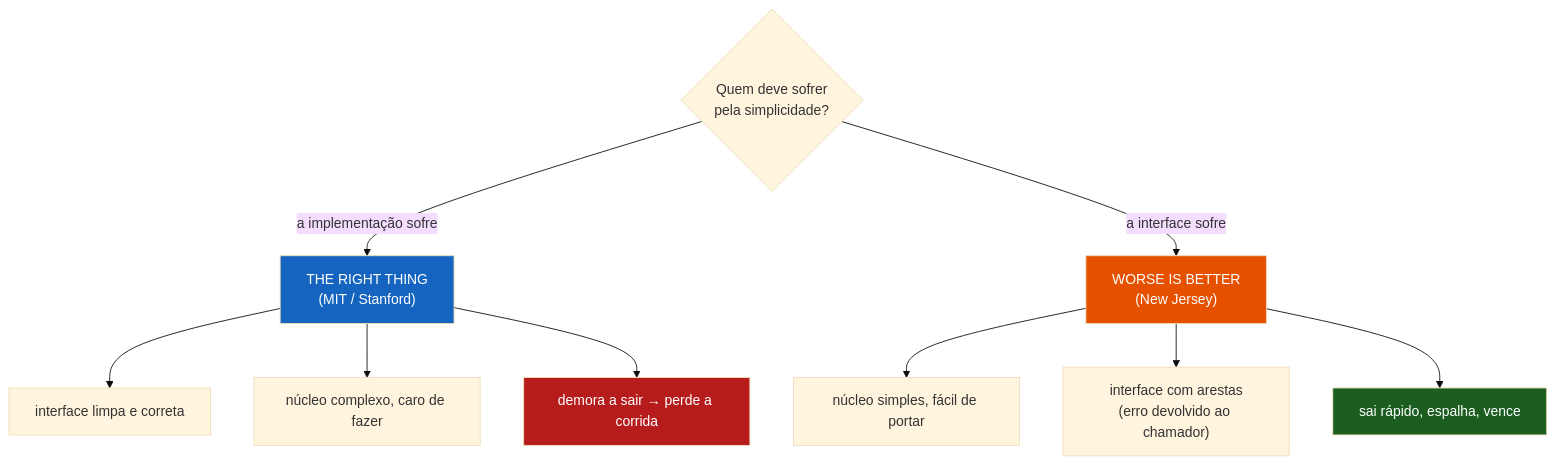
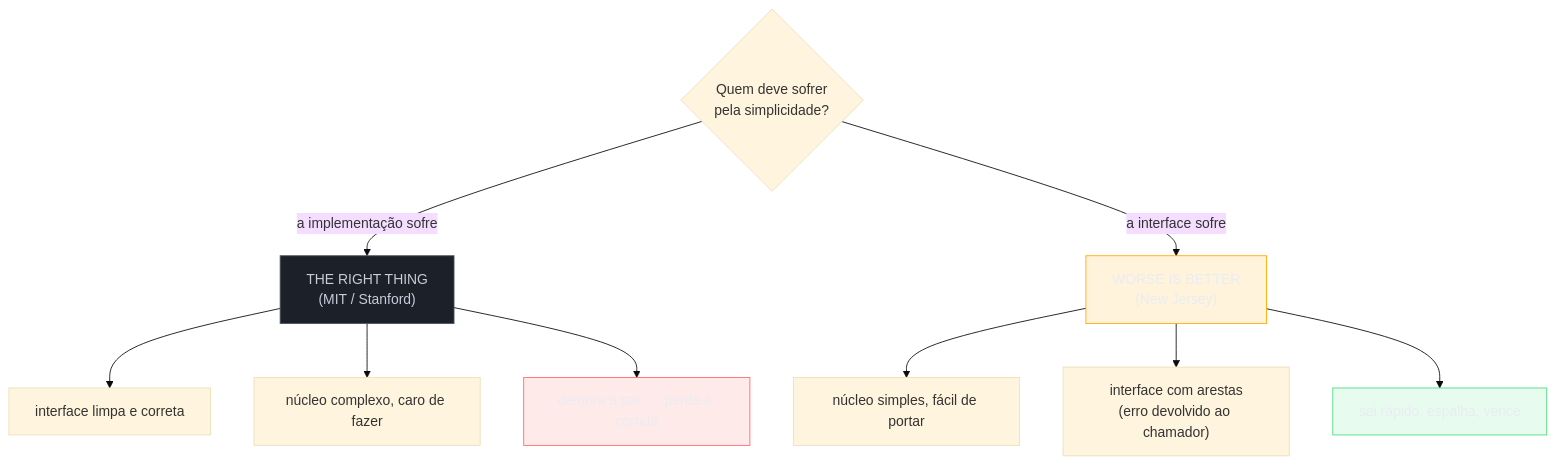
One commit to josenaldo/codex-technomanticus changed the fourth of 4 diagrams in 03-Dominios/Engenharia/Complexidade de Software/03 - Simplicidade não é facilidade.md. Above: the diagram before and after it, drawn with Mermaid (base theme). The commit also changed other lines of this file and 1181 other files, not shown here.

First line of the commit message:
fix(diagramas): paleta do sistema no lugar de cor cravada no markdown

````diff
--- a/03-Dominios/Engenharia/Complexidade de Software/03 - Simplicidade não é facilidade.md
+++ b/03-Dominios/Engenharia/Complexidade de Software/03 - Simplicidade não é facilidade.md
@@ -347,16 +357,20 @@
 ```mermaid
 flowchart TD
+    classDef neutro fill:#1B2029,stroke:#4E5666,color:#C6CCD8
+    classDef destaque fill:#FFAA0024,stroke:#FFAA00,color:#E9ECF2
+    classDef falha fill:#FF6B6B24,stroke:#FF6B6B,color:#E9ECF2
+    classDef ok fill:#4ADE8021,stroke:#4ADE80,color:#E9ECF2
     Q{"Quem deve sofrer<br/>pela simplicidade?"}
     Q -->|"a implementação sofre"| RT["THE RIGHT THING<br/>(MIT / Stanford)"]
     Q -->|"a interface sofre"| WB["WORSE IS BETTER<br/>(New Jersey)"]
     RT --> RT1["interface limpa e correta"]
     RT --> RT2["núcleo complexo, caro de fazer"]
     RT --> RT3["demora a sair → perde a corrida"]
     WB --> WB1["núcleo simples, fácil de portar"]
     WB --> WB2["interface com arestas<br/>(erro devolvido ao chamador)"]
     WB --> WB3["sai rápido, espalha, vence"]
-    style RT fill:#1565c0,color:#fff
-    style WB fill:#e65100,color:#fff
-    style RT3 fill:#b71c1c,color:#fff
-    style WB3 fill:#1b5e20,color:#fff
+    class RT neutro
+    class WB destaque
+    class RT3 falha
+    class WB3 ok
 ```
````
